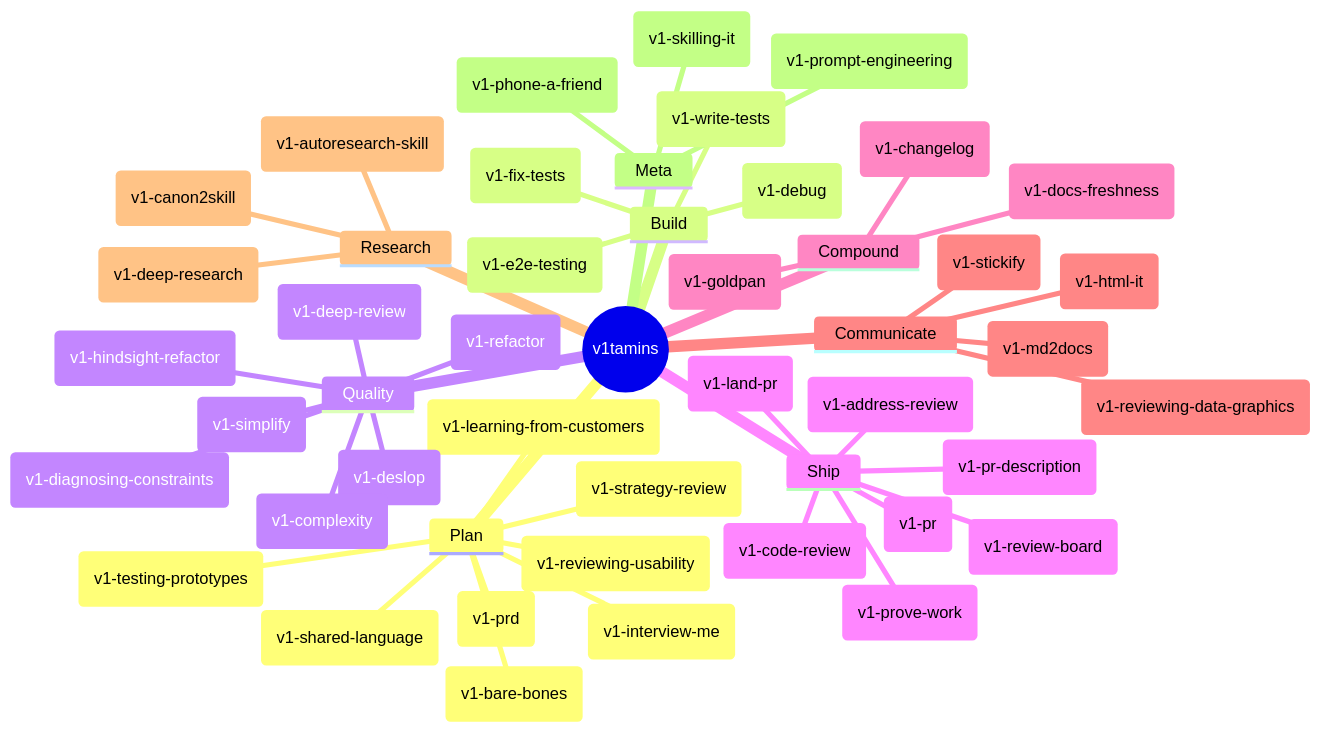
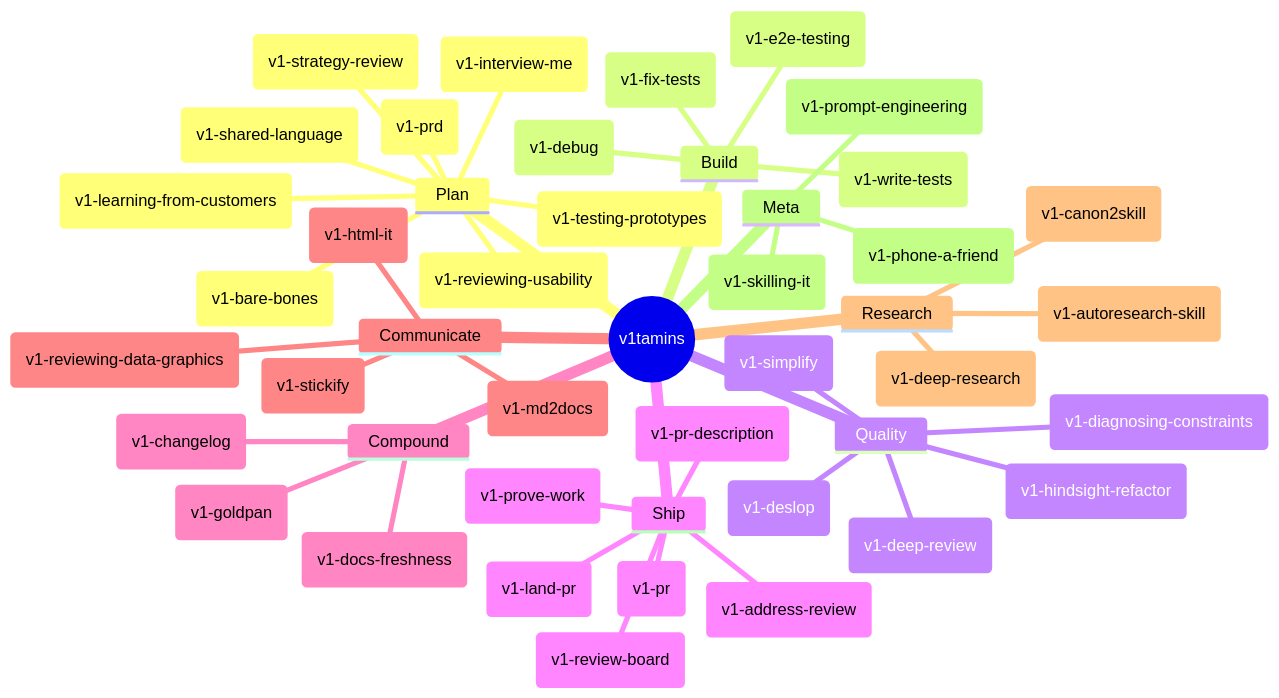
Before and after one commit to v1-io/v1tamins: the first of 6 diagrams in README.md, drawn with Mermaid. The commit also changed other lines of this file and 38 other files, not shown here.

````diff
--- a/README.md
+++ b/README.md
@@ -114,51 +114,48 @@
 ```mermaid
 mindmap
   root((v1tamins))
     Plan
       ("v1-interview-me")
       ("v1-strategy-review")
       ("v1-bare-bones")
       ("v1-shared-language")
       ("v1-prd")
       ("v1-learning-from-customers")
       ("v1-testing-prototypes")
       ("v1-reviewing-usability")
     Build
       ("v1-debug")
       ("v1-fix-tests")
       ("v1-write-tests")
       ("v1-e2e-testing")
     Quality
       ("v1-simplify")
       ("v1-deslop")
-      ("v1-refactor")
-      ("v1-complexity")
       ("v1-hindsight-refactor")
       ("v1-deep-review")
       ("v1-diagnosing-constraints")
     Ship
       ("v1-pr")
       ("v1-pr-description")
       ("v1-land-pr")
-      ("v1-code-review")
       ("v1-address-review")
       ("v1-review-board")
       ("v1-prove-work")
     Compound
       ("v1-goldpan")
       ("v1-docs-freshness")
       ("v1-changelog")
     Communicate
       ("v1-stickify")
       ("v1-md2docs")
       ("v1-html-it")
       ("v1-reviewing-data-graphics")
     Research
       ("v1-deep-research")
       ("v1-autoresearch-skill")
       ("v1-canon2skill")
     Meta
       ("v1-phone-a-friend")
       ("v1-skilling-it")
       ("v1-prompt-engineering")
 ```
````
